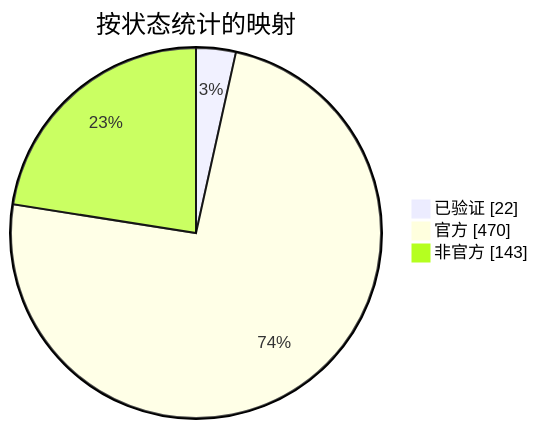
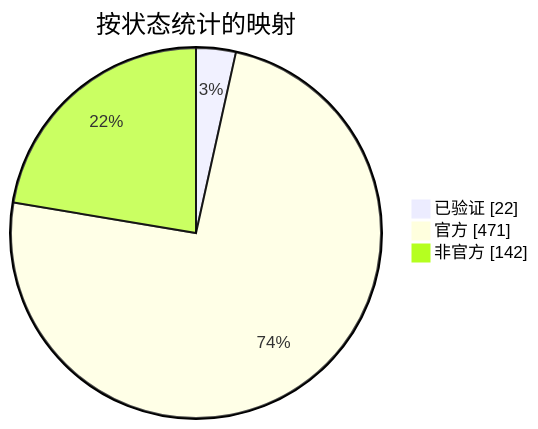
One commit to nobrega8/mbmap-library changed the diagram in docs/readme/README_ZHS.md. Above: the diagram before and after it, drawn with Mermaid. The commit also changed 6 other files, not shown here.

````diff
--- a/docs/readme/README_ZHS.md
+++ b/docs/readme/README_ZHS.md
@@ -54,7 +54,7 @@
 ```mermaid
 pie showData
     title 按状态统计的映射
     "已验证" : 22
-    "官方" : 470
-    "非官方" : 143
+    "官方" : 471
+    "非官方" : 142
 ```
````
